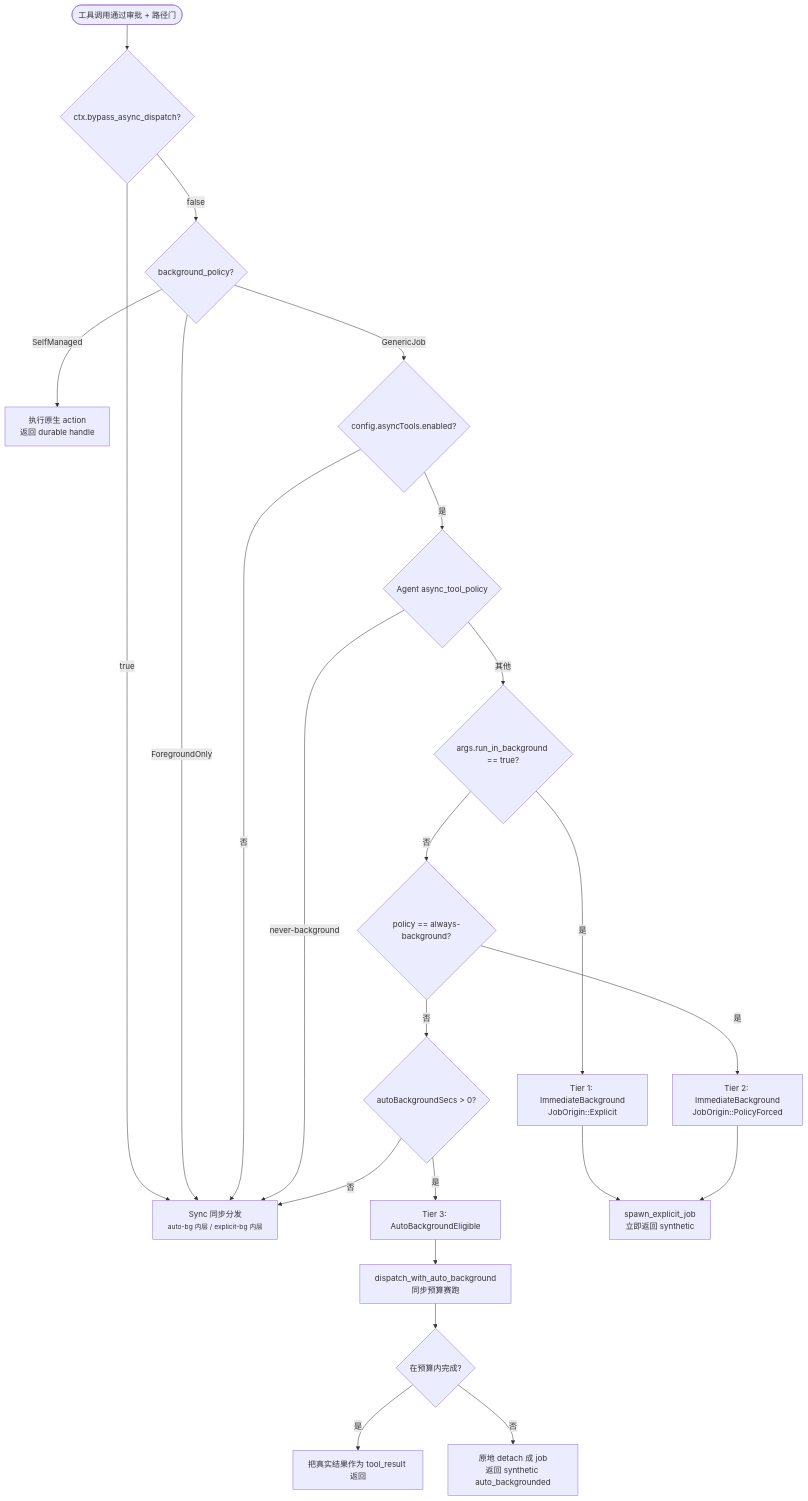
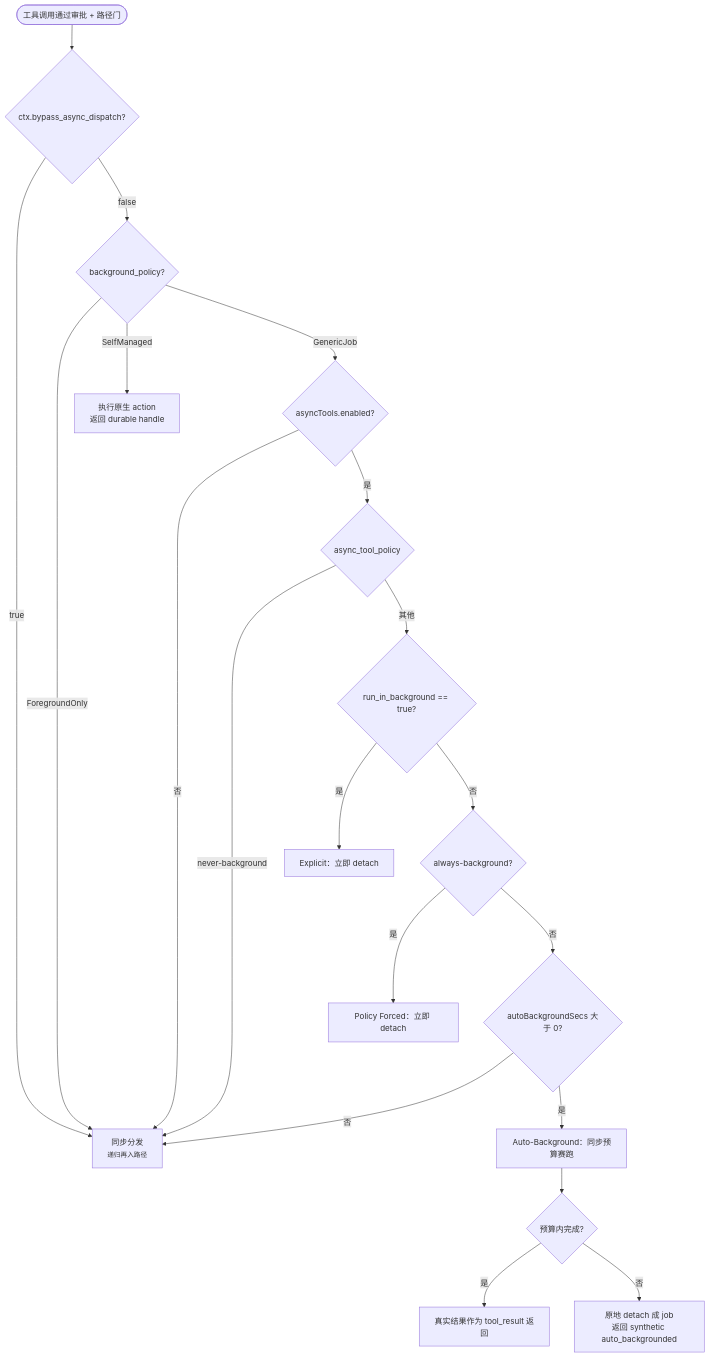
Before and after one commit to shiwenwen/hope-agent: the sixth of 10 diagrams in docs/architecture/tool-system.md, drawn with Mermaid. The commit also changed other lines of this file and 1 other file, not shown here.

First line of the commit message:
🦭docs: 巨无霸 tool-system / im-channel 按新标准重做

````diff
--- a/docs/architecture/tool-system.md
+++ b/docs/architecture/tool-system.md
@@ -551,28 +529,22 @@
 ```mermaid
 flowchart TD
-    Start([工具调用通过审批 + 路径门]) --> CheckBypass{ctx.bypass_async_dispatch?}
-    CheckBypass -- true --> SyncPath[Sync 同步分发<br/><small>auto-bg 内层 / explicit-bg 内层</small>]
-    CheckBypass -- false --> CheckCap{background_policy?}
+    Start(["工具调用通过审批 + 路径门"]) --> CheckBypass{"ctx.bypass_async_dispatch?"}
+    CheckBypass -- true --> SyncPath["同步分发<br/><small>递归再入路径</small>"]
+    CheckBypass -- false --> CheckCap{"background_policy?"}
     CheckCap -- ForegroundOnly --> SyncPath
-    CheckCap -- SelfManaged --> NativeHandle[执行原生 action<br/>返回 durable handle]
-    CheckCap -- GenericJob --> CheckEnabled{config.asyncTools.enabled?}
+    CheckCap -- SelfManaged --> NativeHandle["执行原生 action<br/>返回 durable handle"]
+    CheckCap -- GenericJob --> CheckEnabled{"asyncTools.enabled?"}
     CheckEnabled -- 否 --> SyncPath
-    CheckEnabled -- 是 --> CheckPolicy{Agent async_tool_policy}
+    CheckEnabled -- 是 --> CheckPolicy{"async_tool_policy"}
     CheckPolicy -- never-background --> SyncPath
-    CheckPolicy -- "其他" --> CheckExplicit{args.run_in_background == true?}
-    CheckExplicit -- 是 --> Tier1[Tier 1: ImmediateBackground<br/>JobOrigin::Explicit]
-    CheckExplicit -- 否 --> CheckAlways{policy == always-background?}
-    CheckAlways -- 是 --> Tier2[Tier 2: ImmediateBackground<br/>JobOrigin::PolicyForced]
-    CheckAlways -- 否 --> CheckBudget{autoBackgroundSecs > 0?}
+    CheckPolicy -- 其他 --> CheckExplicit{"run_in_background == true?"}
+    CheckExplicit -- 是 --> T1["Explicit：立即 detach"]
+    CheckExplicit -- 否 --> CheckAlways{"always-background?"}
+    CheckAlways -- 是 --> T2["Policy Forced：立即 detach"]
+    CheckAlways -- 否 --> CheckBudget{"autoBackgroundSecs 大于 0?"}
     CheckBudget -- 否 --> SyncPath
-    CheckBudget -- 是 --> Tier3[Tier 3: AutoBackgroundEligible]
-
-    Tier1 --> ExplicitSpawn[spawn_explicit_job<br/>立即返回 synthetic]
-    Tier2 --> ExplicitSpawn
-    Tier3 --> AutoBgRun[dispatch_with_auto_background<br/>同步预算赛跑]
-
-    AutoBgRun --> Race{在预算内完成?}
-    Race -- 是 --> InlineResult[把真实结果作为 tool_result 返回]
-    Race -- 否 --> AutoBgDetach[原地 detach 成 job<br/>返回 synthetic auto_backgrounded]
-
+    CheckBudget -- 是 --> T3["Auto-Background：同步预算赛跑"]
+    T3 --> Race{"预算内完成?"}
+    Race -- 是 --> Inline["真实结果作为 tool_result 返回"]
+    Race -- 否 --> Detach["原地 detach 成 job<br/>返回 synthetic auto_backgrounded"]
 ```
````
